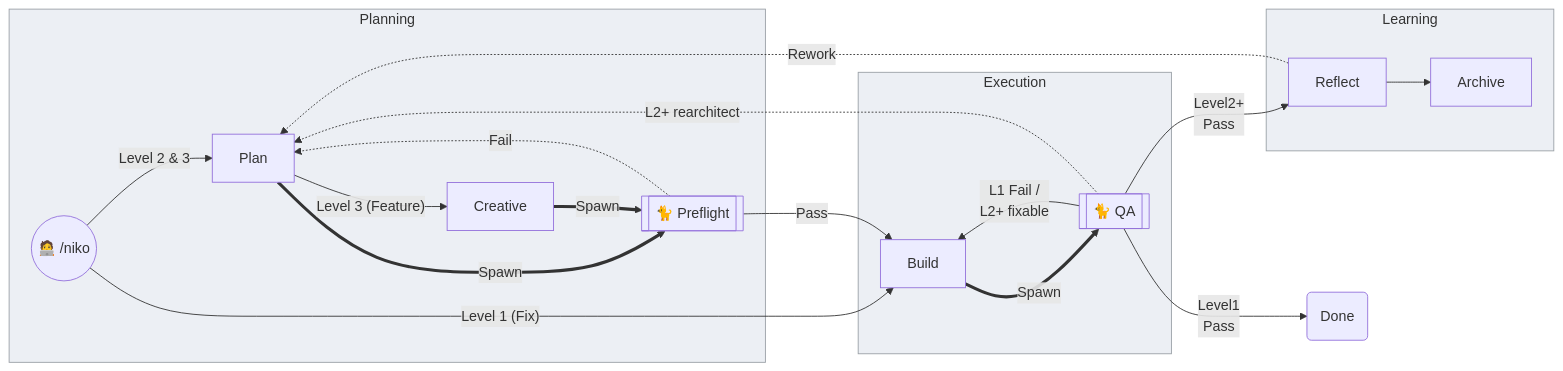
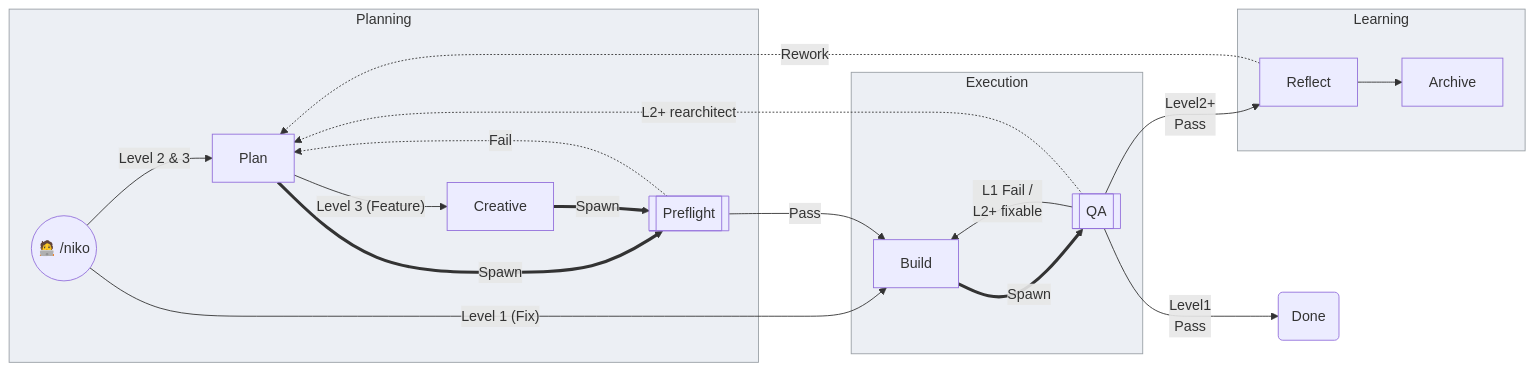
One commit to Texarkanine/.cursor-rules changed the second of 6 diagrams in rulesets/niko/README.md. Above: the diagram before and after it, drawn with Mermaid. The commit also changed other lines of this file and 4 other files, not shown here.

````diff
--- a/rulesets/niko/README.md
+++ b/rulesets/niko/README.md
@@ -85,37 +85,37 @@
 ```mermaid
 flowchart LR
 	Niko(("🧑‍💻 /niko"))
 	Archive["Archive"]
 
 	subgraph Planning
 		Plan["Plan"]
 		Creative["Creative"]
 		Niko -- "Level 2 & 3" --> Plan
 		Plan -- "Level 3 (Feature)" --> Creative
-		Plan ==Spawn==> NikoPreflight[["🐈 Preflight"]]
+		Plan ==Spawn==> NikoPreflight[["Preflight"]]
 		Creative ==Spawn==> NikoPreflight
 		NikoPreflight -.->|"Fail"| Plan
 	end
 
 	Niko -- "Level 1 (Fix)" --> Build
 	NikoPreflight -->|"Pass"| Build
 
 	subgraph Execution
 		Build["Build"]
-		Build ==Spawn==> NikoQA[["🐈 QA"]]
+		Build ==Spawn==> NikoQA[["QA"]]
 	end
 
 	NikoQA -->|"L1 Fail /<br>L2+ fixable"| Build
 	NikoQA -.->|"L2+ rearchitect"| Plan
 	NikoQA -->|"Level1<br>Pass"| Done("Done")
 	NikoQA -->|"Level2+<br>Pass"| Reflect
 
 	subgraph Learning
 		Reflect["Reflect"]
 		Reflect -.->|"Rework"| Plan
 		Reflect --> Archive
 	end
 
 	classDef ideology fill:#eceff4,stroke:#9aa0a6,color:#333
 	class Planning,Execution,Learning ideology
 ```
````
